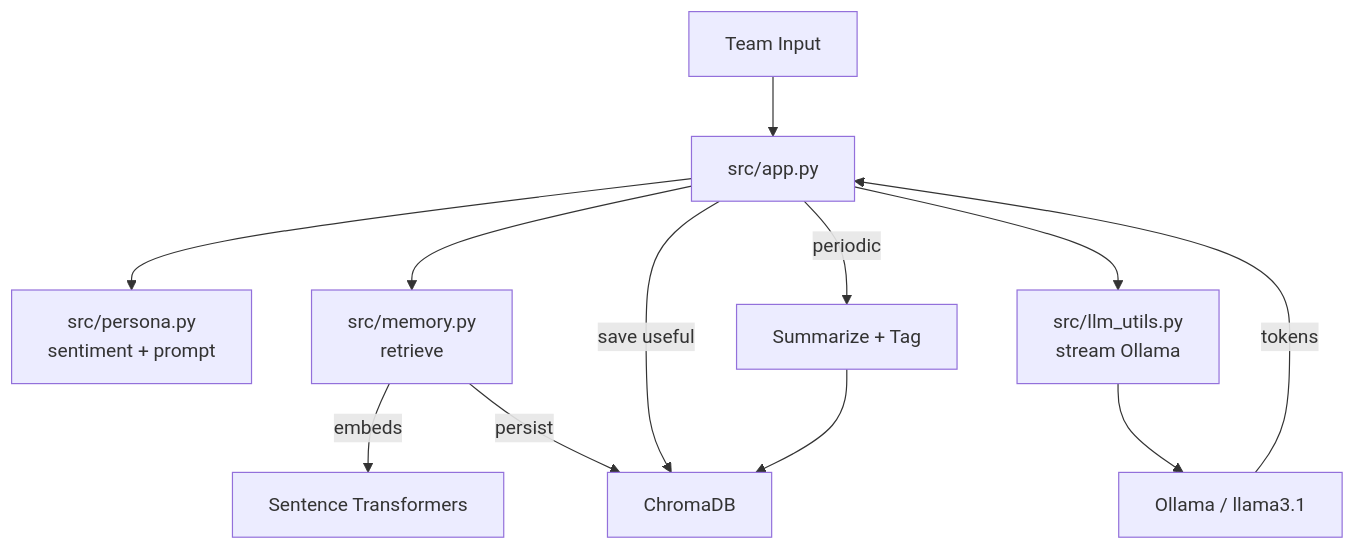
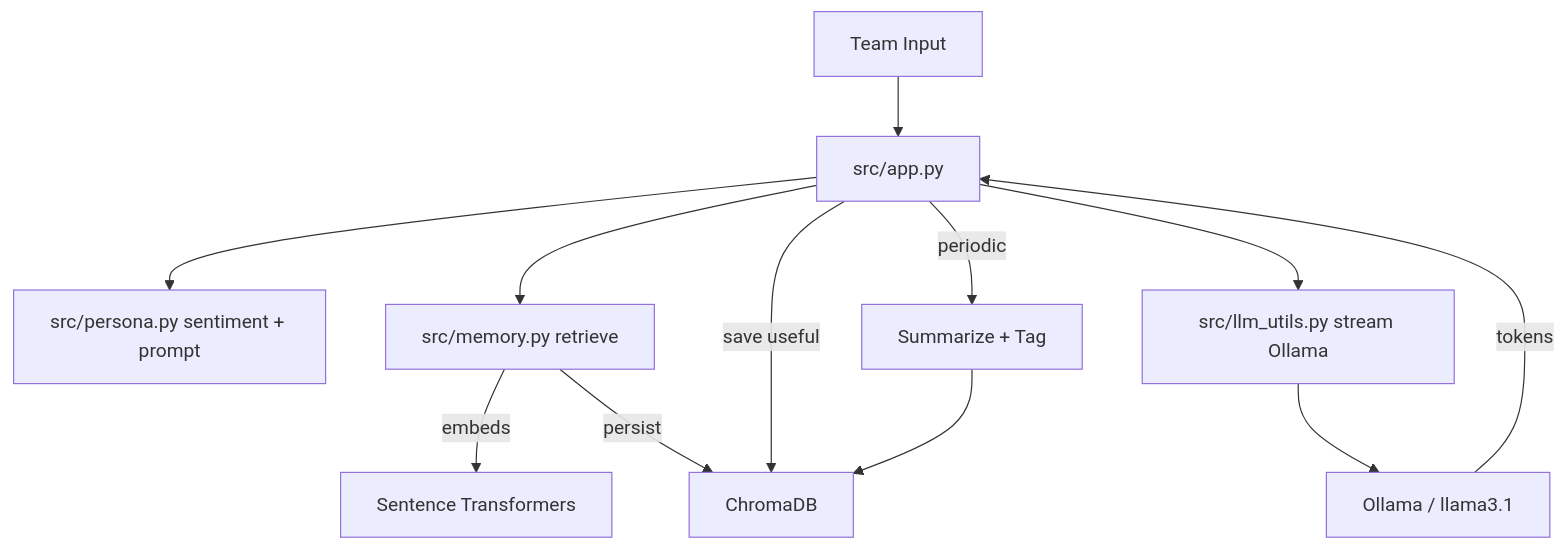
Before and after one commit to MD-dev-007/FRIDAY: the diagram in doc/ARCHITECTURE.md, drawn with Mermaid. The commit also changed 10 other files, not shown here.

````diff
--- a/doc/ARCHITECTURE.md
+++ b/doc/ARCHITECTURE.md
@@ -22,14 +22,14 @@
 ```mermaid
 graph TD
   A[Team Input] --> B[src/app.py]
-  B --> C[src/persona.py\n sentiment + prompt]
-  B --> D[src/memory.py\n retrieve]
+  B --> C[src/persona.py sentiment + prompt]
+  B --> D[src/memory.py retrieve]
   D -->|embeds| E[Sentence Transformers]
   D -->|persist| F[ChromaDB]
-  B --> G[src/llm_utils.py\n stream Ollama]
+  B --> G[src/llm_utils.py stream Ollama]
   G --> H[Ollama / llama3.1]
   H -->|tokens| B
   B -->|save useful| F
   B -->|periodic| I[Summarize + Tag]
   I --> F
 ```
````
